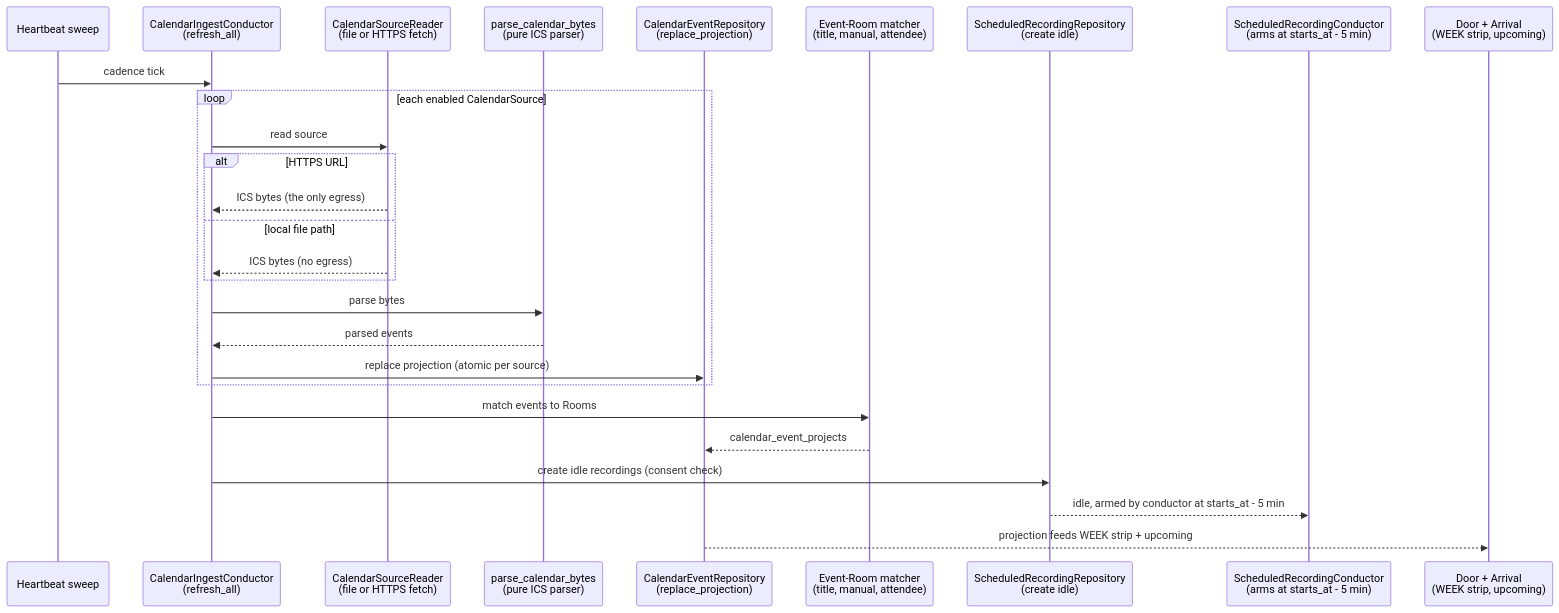
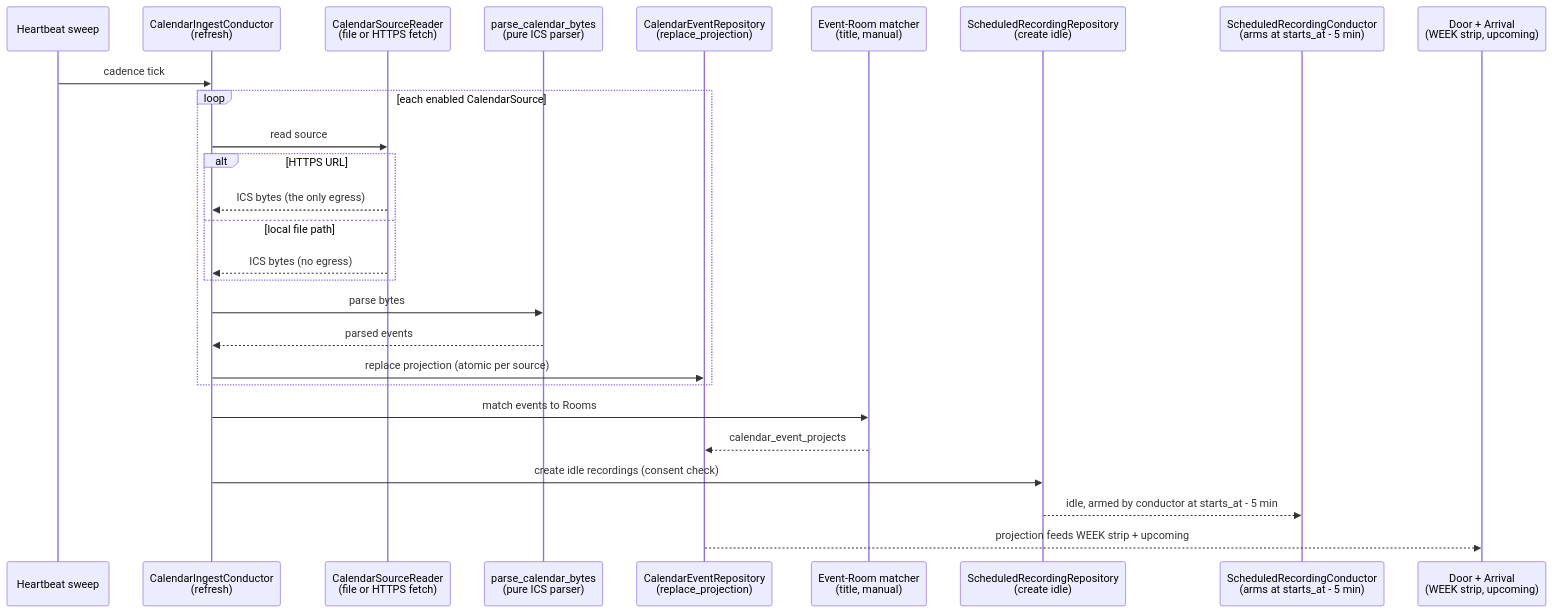
Before and after one commit to karolswdev/HoldSpeak: diagram 11 of 16 in docs/ARCHITECTURE.md, drawn with Mermaid. The commit also changed other lines of this file and 67 other files, not shown here.

````diff
--- a/docs/ARCHITECTURE.md
+++ b/docs/ARCHITECTURE.md
@@ -661,30 +661,30 @@
 ```mermaid
 sequenceDiagram
   participant HB as Heartbeat sweep
-  participant CC as CalendarIngestConductor<br/>(refresh_all)
+  participant CC as CalendarIngestConductor<br/>(refresh)
   participant SR as CalendarSourceReader<br/>(file or HTTPS fetch)
   participant PA as parse_calendar_bytes<br/>(pure ICS parser)
   participant DB as CalendarEventRepository<br/>(replace_projection)
-  participant EM as Event-Room matcher<br/>(title, manual, attendee)
+  participant EM as Event-Room matcher<br/>(title, manual)
   participant SC as ScheduledRecordingRepository<br/>(create idle)
   participant CD as ScheduledRecordingConductor<br/>(arms at starts_at - 5 min)
   participant DI as Door + Arrival<br/>(WEEK strip, upcoming)
 
   HB->>CC: cadence tick
   loop each enabled CalendarSource
     CC->>SR: read source
     alt HTTPS URL
       SR-->>CC: ICS bytes (the only egress)
     else local file path
       SR-->>CC: ICS bytes (no egress)
     end
     CC->>PA: parse bytes
     PA-->>CC: parsed events
     CC->>DB: replace projection (atomic per source)
   end
   CC->>EM: match events to Rooms
   EM-->>DB: calendar_event_projects
   CC->>SC: create idle recordings (consent check)
   SC-->>CD: idle, armed by conductor at starts_at - 5 min
   DB-->>DI: projection feeds WEEK strip + upcoming
 ```
````
